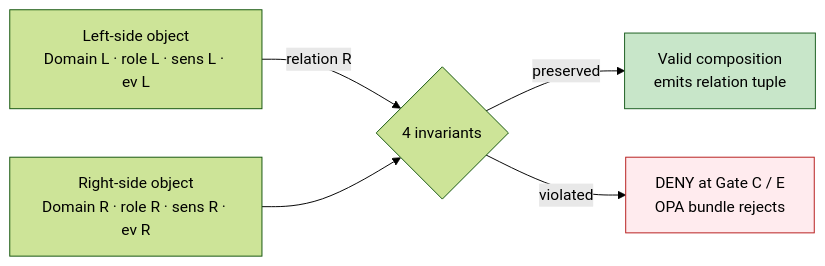
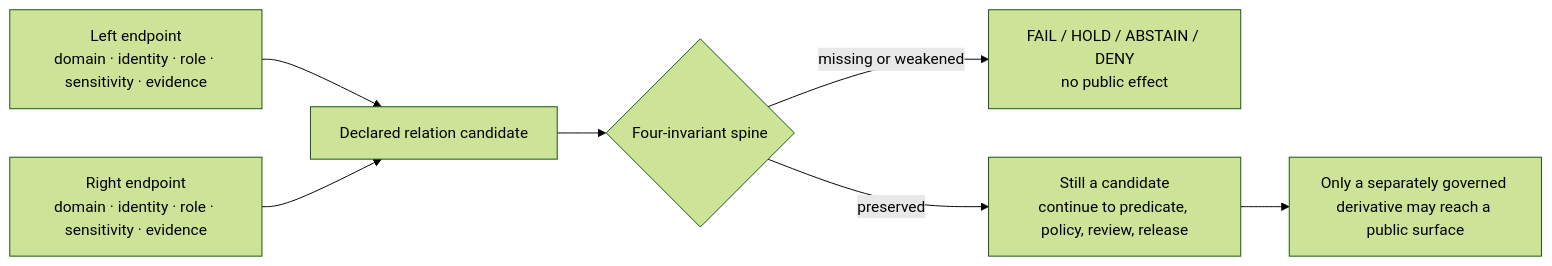
The diagram in docs/architecture/cross-domain/cross-lane-relations.md (bartytime4life/Kansas-Frontier-Matrix), drawn with Mermaid (forest theme) before and after one commit. The commit also changed other lines of this file, not shown here.

Commit message:
docs(cross-domain): ground cross-lane relation invariants

````diff
--- a/docs/architecture/cross-domain/cross-lane-relations.md
+++ b/docs/architecture/cross-domain/cross-lane-relations.md
@@ -89,11 +215,11 @@
 ```mermaid
 flowchart LR
-  L["Left-side object\nDomain L · role L · sens L · ev L"] -- relation R --> J{4 invariants}
-  Ri["Right-side object\nDomain R · role R · sens R · ev R"] --> J
-  J -- preserved --> P["Valid composition\nemits relation tuple"]
-  J -- violated --> D["DENY at Gate C / E\nOPA bundle rejects"]
-  classDef ok fill:#c8e6c9,stroke:#1b5e20;
-  classDef bad fill:#ffebee,stroke:#b71c1c;
-  class P ok;
-  class D bad;
+  L["Left endpoint\ndomain · identity · role · sensitivity · evidence"]
+  R["Right endpoint\ndomain · identity · role · sensitivity · evidence"]
+  L --> C["Declared relation candidate"]
+  R --> C
+  C --> I{"Four-invariant spine"}
+  I -->|"missing or weakened"| N["FAIL / HOLD / ABSTAIN / DENY\nno public effect"]
+  I -->|"preserved"| M["Still a candidate\ncontinue to predicate, policy, review, release"]
+  M --> P["Only a separately governed derivative may reach a public surface"]
 ```
````
